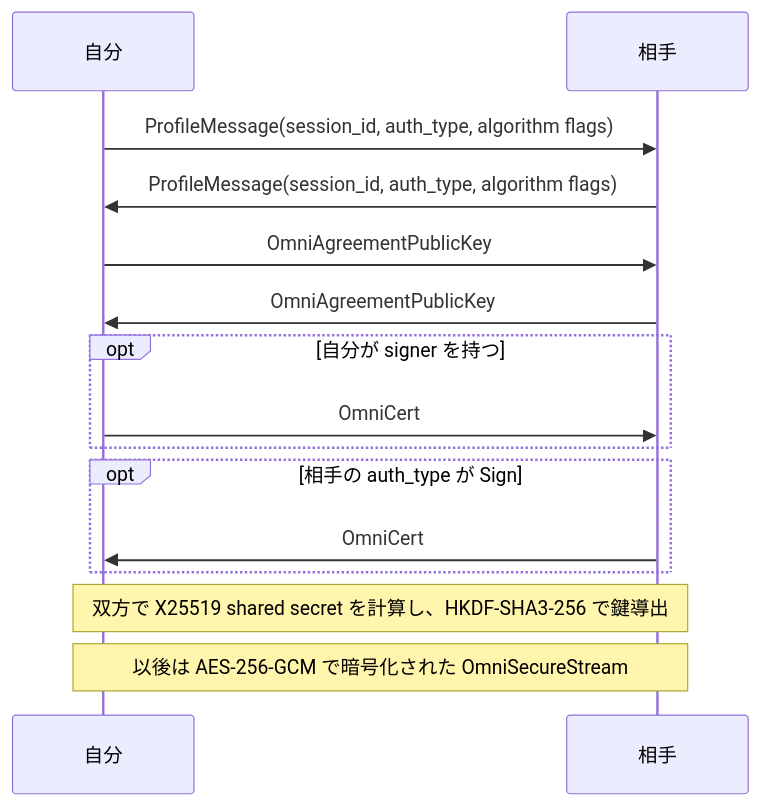
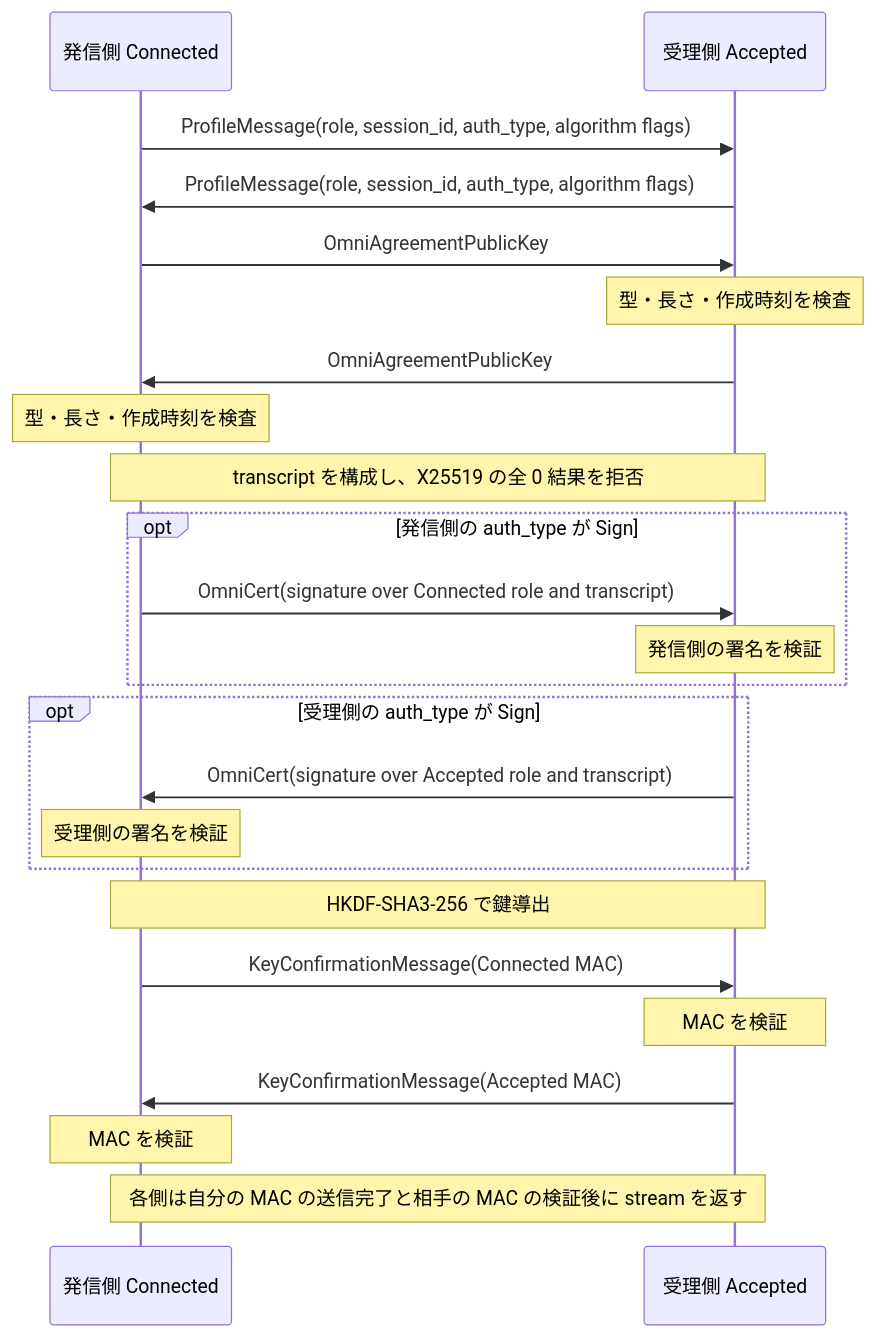
One commit to omnius-labs/core-rs changed the third of 3 diagrams in docs/DESIGN.md. Above: the diagram before and after it, drawn with Mermaid. The commit also changed other lines of this file, not shown here.

First line of the commit message:
docs(omnikit): redefine the OmniSecureStream handshake

````diff
--- a/docs/DESIGN.md
+++ b/docs/DESIGN.md
@@ -206,17 +228,26 @@
 ```mermaid
 sequenceDiagram
-    participant A as 自分
-    participant B as 相手
-    A->>B: ProfileMessage(session_id, auth_type, algorithm flags)
-    B->>A: ProfileMessage(session_id, auth_type, algorithm flags)
-    A->>B: OmniAgreementPublicKey
-    B->>A: OmniAgreementPublicKey
-    opt 自分が signer を持つ
-        A->>B: OmniCert
+    participant C as 発信側 Connected
+    participant A as 受理側 Accepted
+    C->>A: ProfileMessage(role, session_id, auth_type, algorithm flags)
+    A->>C: ProfileMessage(role, session_id, auth_type, algorithm flags)
+    C->>A: OmniAgreementPublicKey
+    Note over A: 型・長さ・作成時刻を検査
+    A->>C: OmniAgreementPublicKey
+    Note over C: 型・長さ・作成時刻を検査
+    Note over C,A: transcript を構成し、X25519 の全 0 結果を拒否
+    opt 発信側の auth_type が Sign
+        C->>A: OmniCert(signature over Connected role and transcript)
+        Note over A: 発信側の署名を検証
     end
-    opt 相手の auth_type が Sign
-        B->>A: OmniCert
+    opt 受理側の auth_type が Sign
+        A->>C: OmniCert(signature over Accepted role and transcript)
+        Note over C: 受理側の署名を検証
     end
-    Note over A,B: 双方で X25519 shared secret を計算し、HKDF-SHA3-256 で鍵導出
-    Note over A,B: 以後は AES-256-GCM で暗号化された OmniSecureStream
+    Note over C,A: HKDF-SHA3-256 で鍵導出
+    C->>A: KeyConfirmationMessage(Connected MAC)
+    Note over A: MAC を検証
+    A->>C: KeyConfirmationMessage(Accepted MAC)
+    Note over C: MAC を検証
+    Note over C,A: 各側は自分の MAC の送信完了と相手の MAC の検証後に stream を返す
 ```
````
